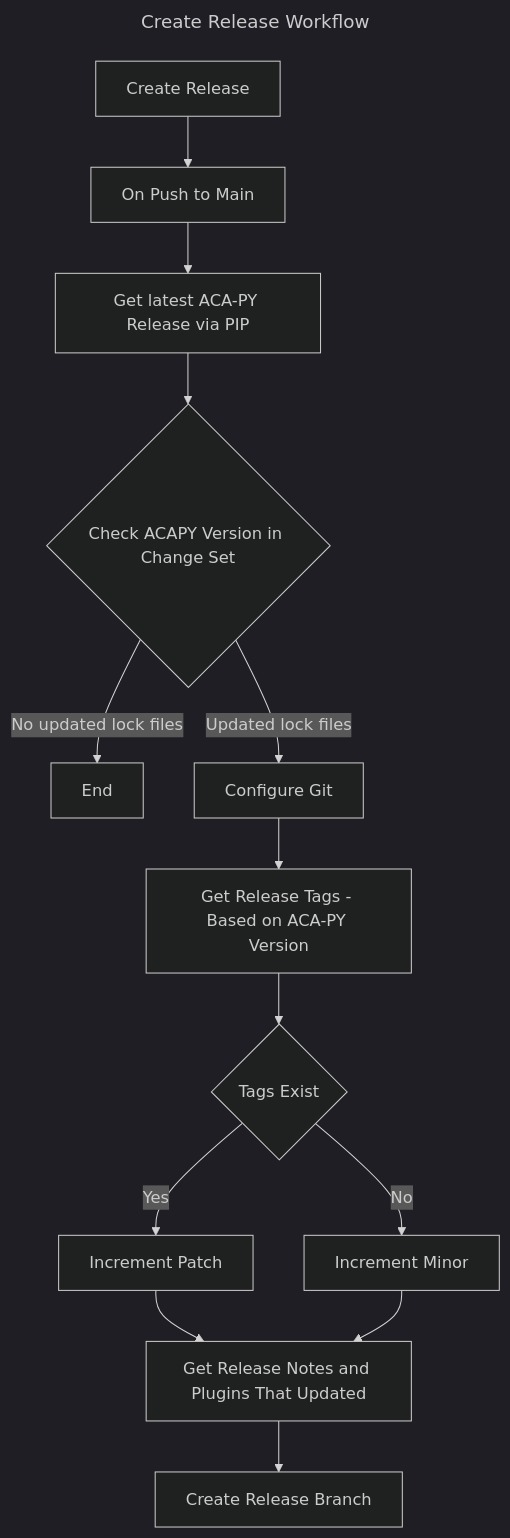
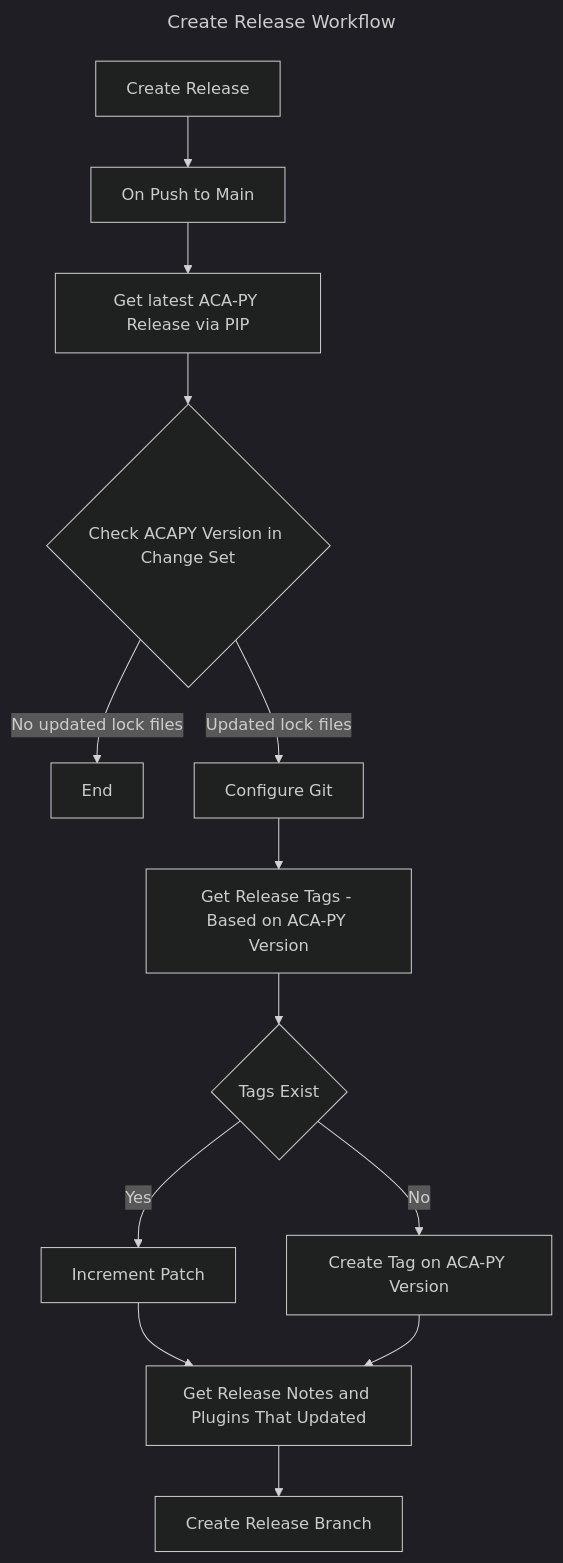
Before and after one commit to openwallet-foundation/acapy-plugins: the second of 2 diagrams in .github/workflows/ReleaseWorkflows.md, drawn with Mermaid (dark theme).

Commit message:
Small change to chart

````diff
--- a/.github/workflows/ReleaseWorkflows.md
+++ b/.github/workflows/ReleaseWorkflows.md
@@ -28,20 +28,20 @@
 ```mermaid
 ---
 title: Create Release Workflow
 ---
 
 flowchart TB
     Start[Create Release] --> OnPushMain[On Push to Main]
     OnPushMain --> GetACAPYRelease[Get latest ACA-PY Release via PIP]
     GetACAPYRelease --> CheckChangeSet{Check ACAPY Version in Change Set}
     CheckChangeSet --> |No updated lock files| End
     CheckChangeSet --> |Updated lock files| ConfigureGit[Configure Git]
     ConfigureGit --> GetReleaseTags[Get Release Tags - Based on ACA-PY Version]
     GetReleaseTags --> TagsExist{Tags Exist}
     TagsExist --> |Yes| IncrementPatch[Increment Patch]
-    TagsExist --> |No| CreateTagOnACAPYVersion[Increment Minor]
+    TagsExist --> |No| CreateTagOnACAPYVersion[Create Tag on ACA-PY Version]
     IncrementPatch --> GetReleaseNotes[Get Release Notes and Plugins That Updated]
     CreateTagOnACAPYVersion --> GetReleaseNotes
     GetReleaseNotes --> CreateReleaseBranch[Create Release Branch]
 
 ```
````
